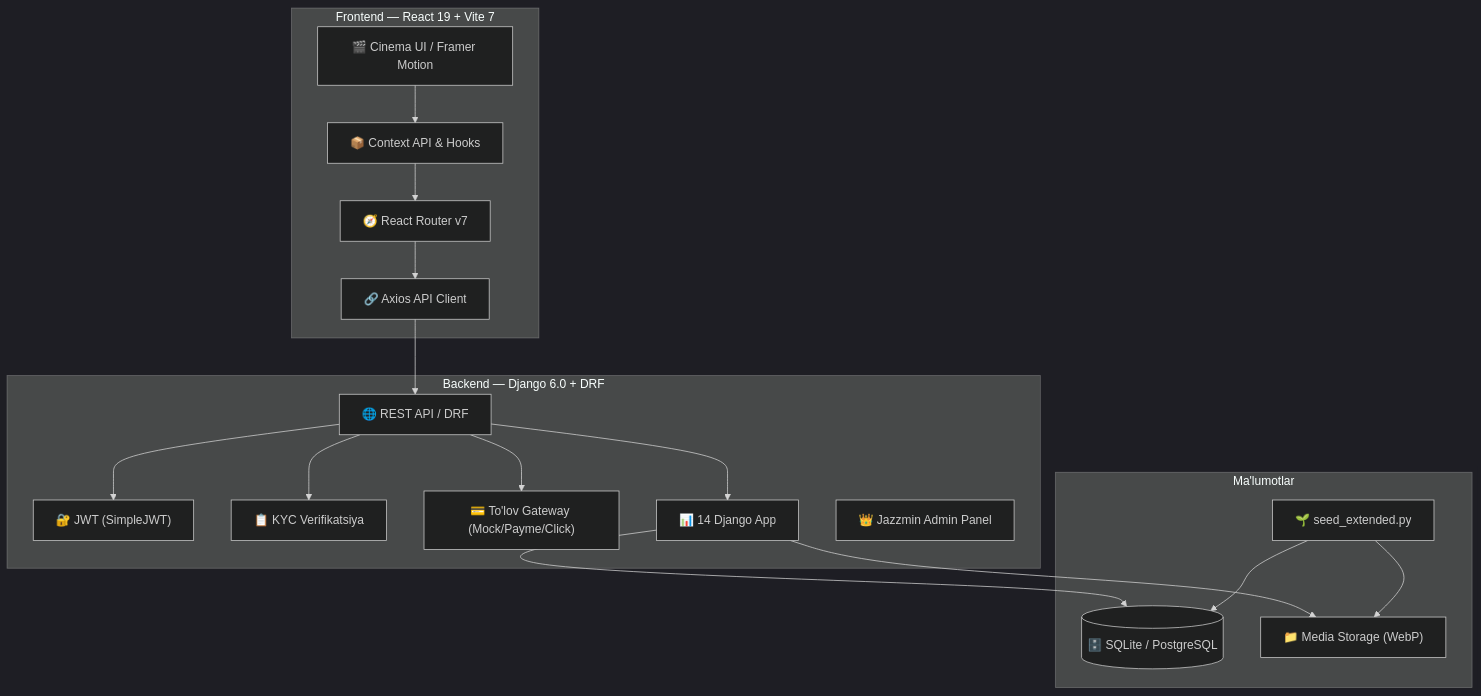
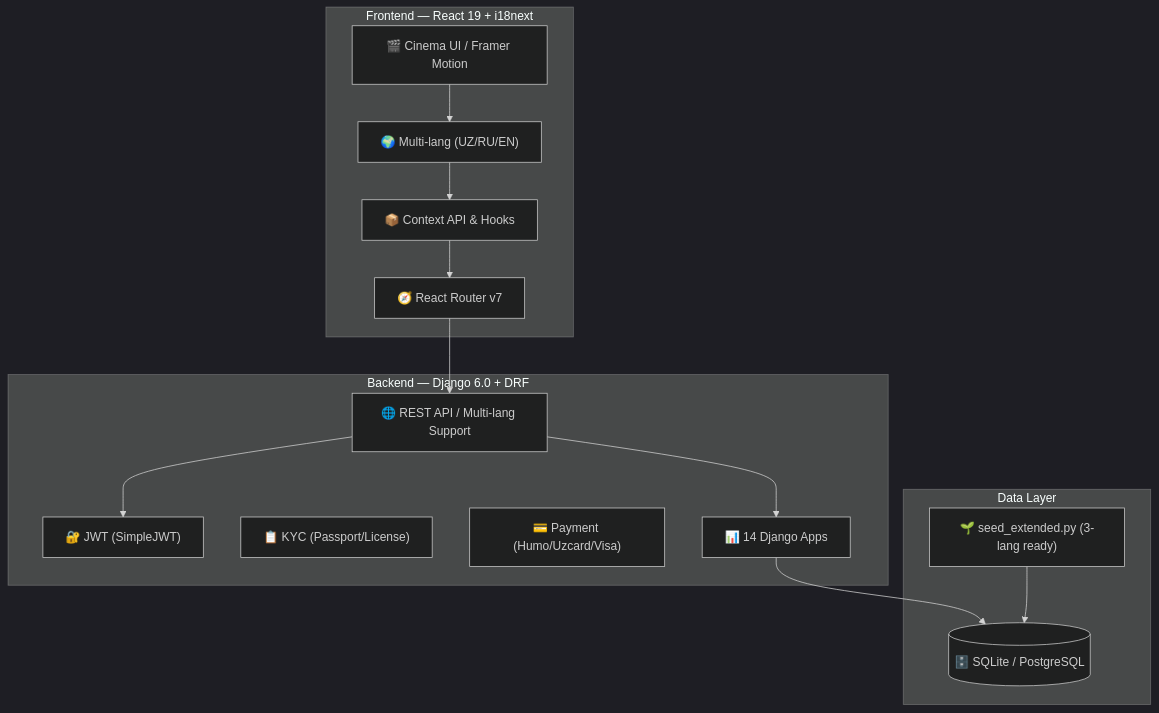
The diagram in README.md (yakubjanov004/car-rental), drawn with Mermaid (dark theme) before and after one commit. The commit also changed other lines of this file and 68 other files, not shown here.

Commit message:
feat: implement full-stack car rental platform with user profile management, payment integration, and multi-language support

````diff
--- a/README.md
+++ b/README.md
@@ -16,37 +24,31 @@
 ```mermaid
 graph TD
-    subgraph "Frontend — React 19 + Vite 7"
+    subgraph "Frontend — React 19 + i18next"
         UI["🎬 Cinema UI / Framer Motion"]
+        Lang["🌍 Multi-lang (UZ/RU/EN)"]
         Store["📦 Context API & Hooks"]
         Router["🧭 React Router v7"]
-        Client["🔗 Axios API Client"]
     end
 
     subgraph "Backend — Django 6.0 + DRF"
-        API["🌐 REST API / DRF"]
+        API["🌐 REST API / Multi-lang Support"]
         Auth["🔐 JWT (SimpleJWT)"]
-        KYC["📋 KYC Verifikatsiya"]
-        Pay["💳 To'lov Gateway (Mock/Payme/Click)"]
-        Models["📊 14 Django App"]
-        Admin["👑 Jazzmin Admin Panel"]
+        KYC["📋 KYC (Passport/License)"]
+        Pay["💳 Payment (Humo/Uzcard/Visa)"]
+        Models["📊 14 Django Apps"]
     end
 
-    subgraph "Ma'lumotlar"
+    subgraph "Data Layer"
         DB[("🗄️ SQLite / PostgreSQL")]
-        Media["📁 Media Storage (WebP)"]
-        Seed["🌱 seed_extended.py"]
+        Seed["🌱 seed_extended.py (3-lang ready)"]
     end
 
-    UI --> Store
+    UI --> Lang
+    Lang --> Store
     Store --> Router
-    Router --> Client
-    Client --> API
+    Router --> API
     API --> Auth
-    API --> KYC
-    API --> Pay
     API --> Models
     Models --> DB
-    Models --> Media
     Seed --> DB
-    Seed --> Media
 ```
````
